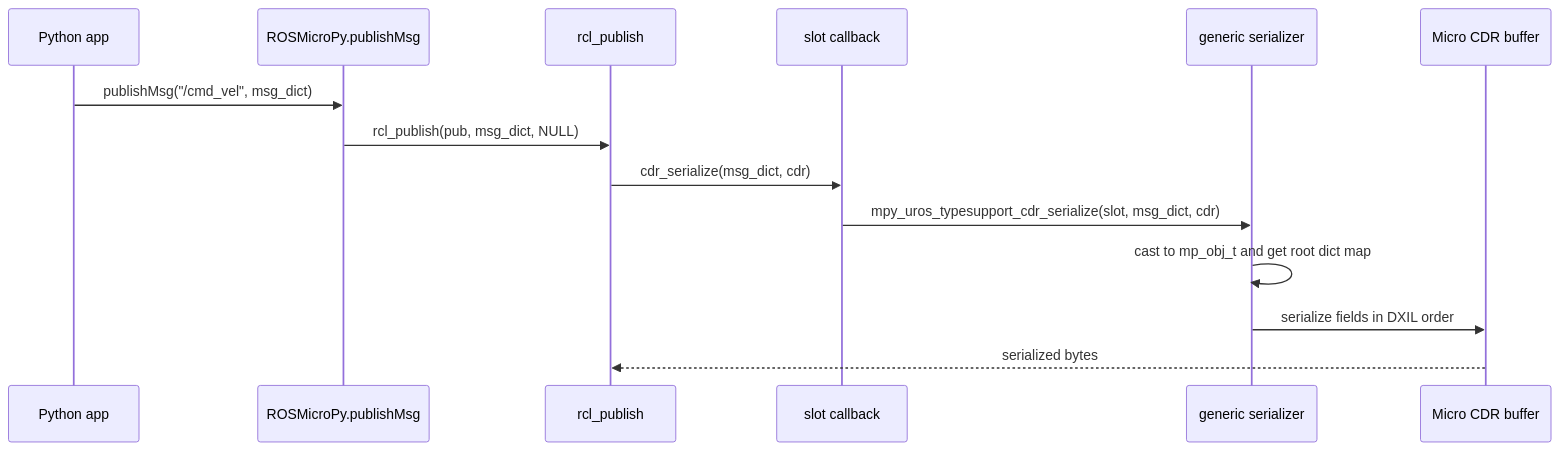
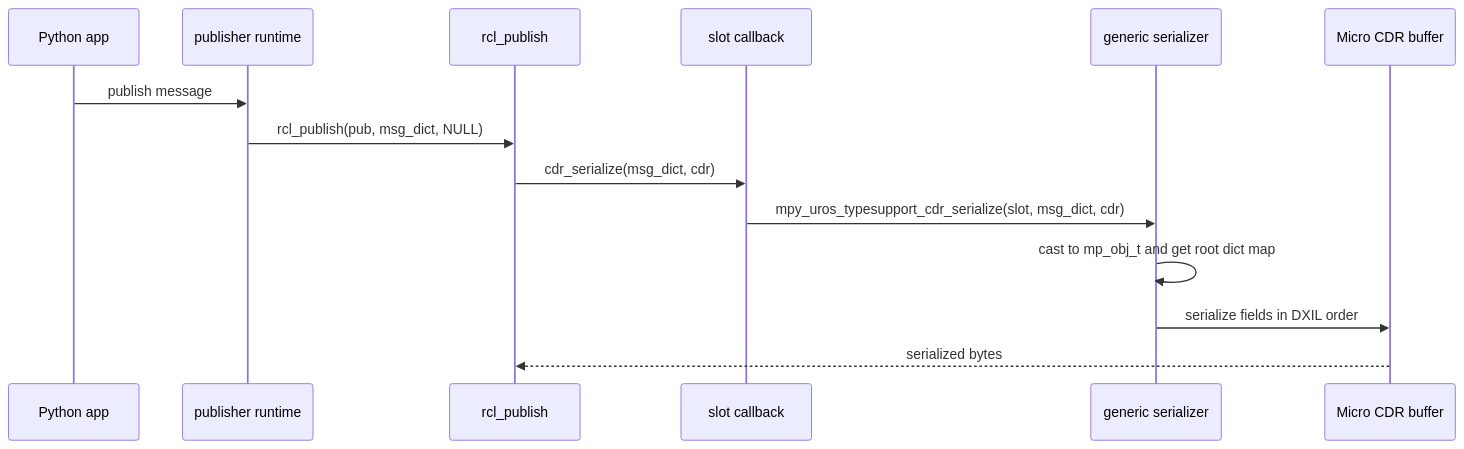
Before and after one commit to ROSMicroPy/ROSMicroPy: the fourth of 7 diagrams in docs/type-support-and-serialization.md, drawn with Mermaid. The commit also changed other lines of this file and 7 other files, not shown here.

````diff
--- a/docs/type-support-and-serialization.md
+++ b/docs/type-support-and-serialization.md
@@ -270,17 +261,17 @@
 ```mermaid
 sequenceDiagram
     participant App as Python app
-    participant Publish as ROSMicroPy.publishMsg
+    participant Publish as publisher runtime
     participant RCL as rcl_publish
     participant Slot as slot callback
     participant Ser as generic serializer
     participant CDR as Micro CDR buffer
 
-    App->>Publish: publishMsg("/cmd_vel", msg_dict)
+    App->>Publish: publish message
     Publish->>RCL: rcl_publish(pub, msg_dict, NULL)
     RCL->>Slot: cdr_serialize(msg_dict, cdr)
     Slot->>Ser: mpy_uros_typesupport_cdr_serialize(slot, msg_dict, cdr)
     Ser->>Ser: cast to mp_obj_t and get root dict map
     Ser->>CDR: serialize fields in DXIL order
     CDR-->>RCL: serialized bytes
 ```
````
